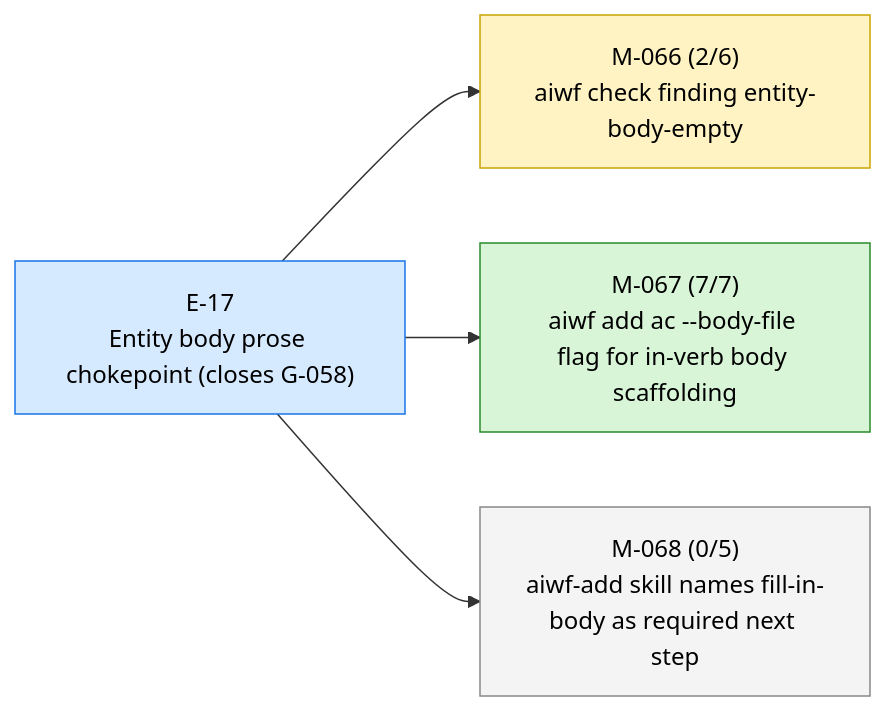
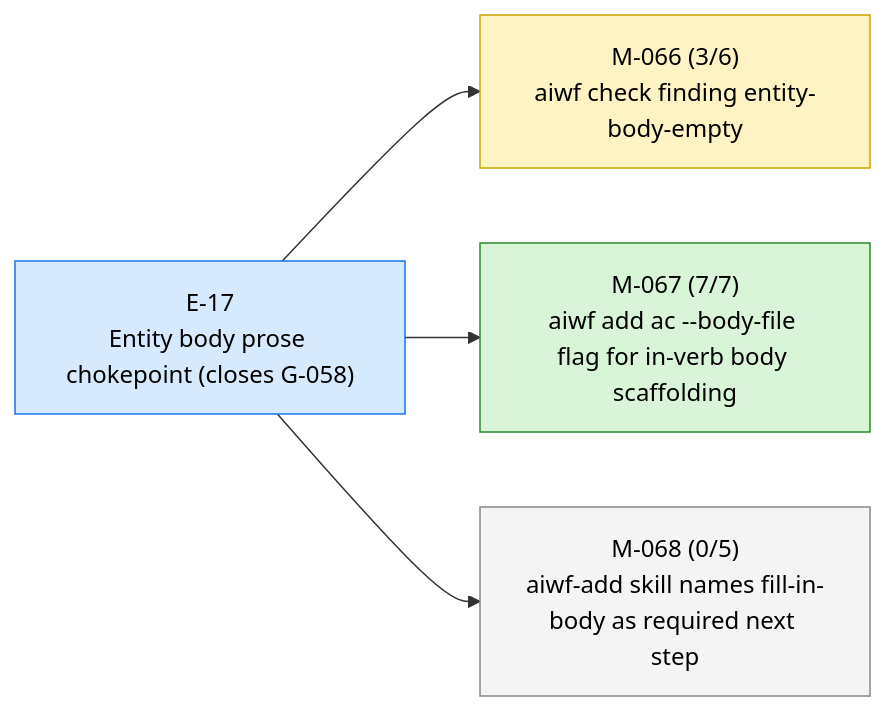
The first of 4 diagrams in STATUS.md (23min/aiwf), drawn with Mermaid before and after one commit. The commit also changed other lines of this file and 1 other file, not shown here.

First line of the commit message:
aiwf promote M-066/AC-3 open -> met

````diff
--- a/STATUS.md
+++ b/STATUS.md
@@ -13,16 +13,16 @@
 ```mermaid
 flowchart LR
   E_17["E-17<br/>Entity body prose chokepoint (closes G-058)"]:::epic_active
-  M_066["M-066 (2/6)<br/>aiwf check finding entity-body-empty"]:::ms_in_progress
+  M_066["M-066 (3/6)<br/>aiwf check finding entity-body-empty"]:::ms_in_progress
   E_17 --> M_066
   M_067["M-067 (7/7)<br/>aiwf add ac --body-file flag for in-verb body scaffolding"]:::ms_done
   E_17 --> M_067
   M_068["M-068 (0/5)<br/>aiwf-add skill names fill-in-body as required next step"]:::ms_draft
   E_17 --> M_068
   classDef epic_active fill:#d6eaff,stroke:#1a73e8,color:#000
   classDef epic_proposed fill:#f4f4f4,stroke:#888,color:#000
   classDef ms_done fill:#d8f5d8,stroke:#2a8a2a,color:#000
   classDef ms_in_progress fill:#fff3c4,stroke:#caa400,color:#000
   classDef ms_draft fill:#f4f4f4,stroke:#888,color:#000
   classDef ms_cancelled fill:#fbeaea,stroke:#c33,color:#000
 ```
````
